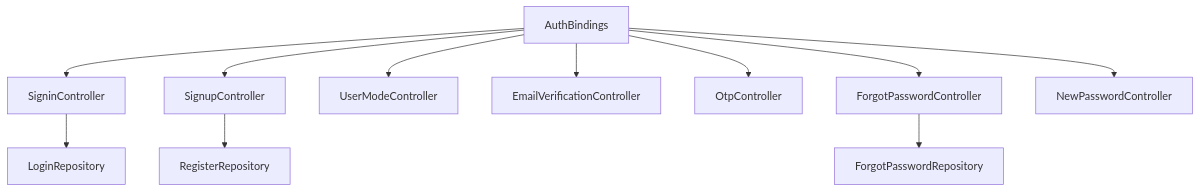
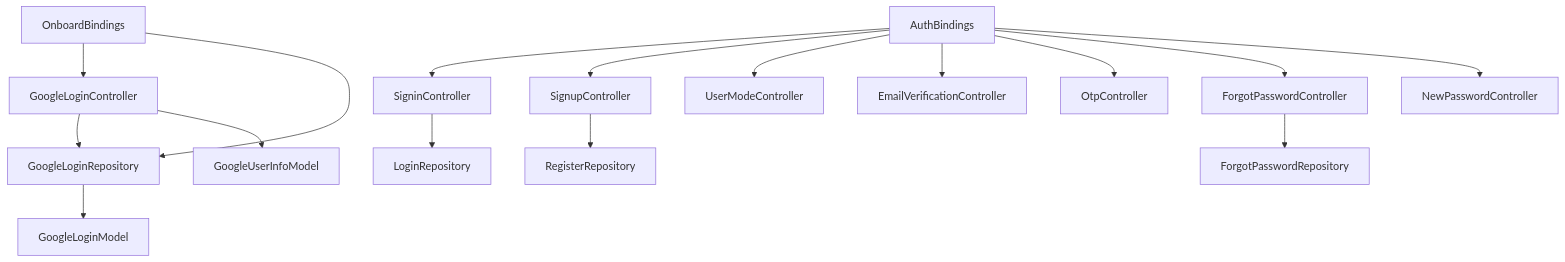
One commit to Ariful3111/FurniGo changed diagram 12 of 12 in .qoder/repowiki/en/content/Core Features/Authentication System/Authentication System.md. Above: the diagram before and after it, drawn with Mermaid. The commit also changed other lines of this file and 12 other files, not shown here.

````diff
--- a/.qoder/repowiki/en/content/Core Features/Authentication System/Authentication System.md
+++ b/.qoder/repowiki/en/content/Core Features/Authentication System/Authentication System.md
@@ -477,13 +623,18 @@
 ```mermaid
 graph TB
 AB["AuthBindings"] --> SC["SigninController"]
 AB --> SGC["SignupController"]
 AB --> UMC["UserModeController"]
 AB --> EVC["EmailVerificationController"]
 AB --> OPC["OtpController"]
 AB --> FPC["ForgotPasswordController"]
 AB --> NPC["NewPasswordController"]
+OB["OnboardBindings"] --> GLC["GoogleLoginController"]
+OB --> GLR["GoogleLoginRepository"]
 SC --> LR["LoginRepository"]
 SGC --> RR["RegisterRepository"]
 FPC --> FR["ForgotPasswordRepository"]
+GLC --> GLR
+GLC --> GUIM["GoogleUserInfoModel"]
+GLR --> GLM["GoogleLoginModel"]
 ```
````
